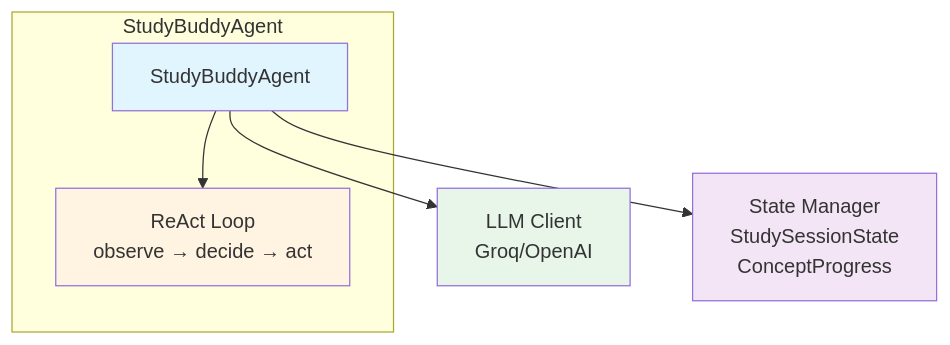
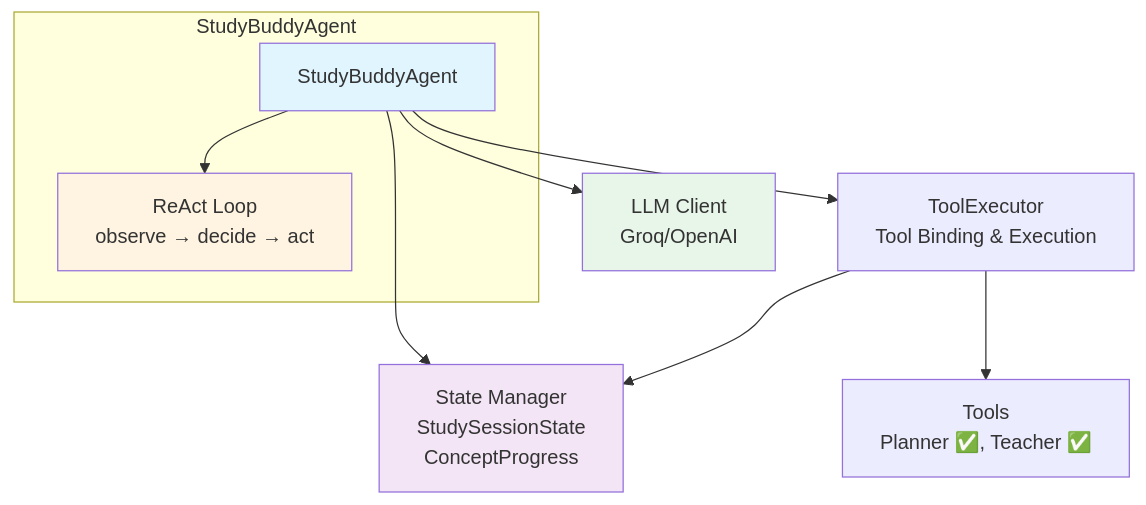
Before and after one commit to ebinzacharias/ez-agentic-study-buddy: the first of 2 diagrams in README.md, drawn with Mermaid. The commit also changed other lines of this file and 2 other files, not shown here.

````diff
--- a/README.md
+++ b/README.md
@@ -18,19 +18,24 @@
 ```mermaid
 graph TB
     subgraph "StudyBuddyAgent"
         Agent[StudyBuddyAgent]
         ReAct[ReAct Loop<br/>observe → decide → act]
         Agent --> ReAct
     end
     
     LLM[LLM Client<br/>Groq/OpenAI]
     State[State Manager<br/>StudySessionState<br/>ConceptProgress]
+    ToolExec[ToolExecutor<br/>Tool Binding & Execution]
+    Tools[Tools<br/>Planner ✅, Teacher ✅]
     
     Agent --> LLM
     Agent --> State
+    Agent --> ToolExec
+    ToolExec --> Tools
+    ToolExec --> State
     
     style Agent fill:#e1f5ff
     style ReAct fill:#fff4e1
     style LLM fill:#e8f5e9
     style State fill:#f3e5f5
 ```
````
